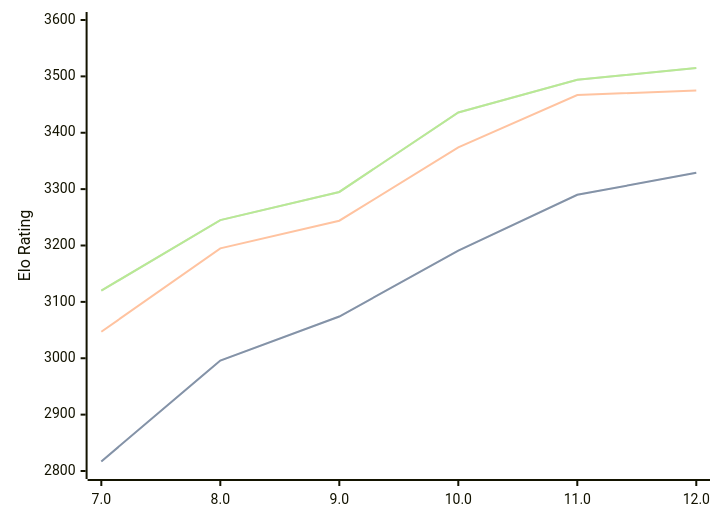
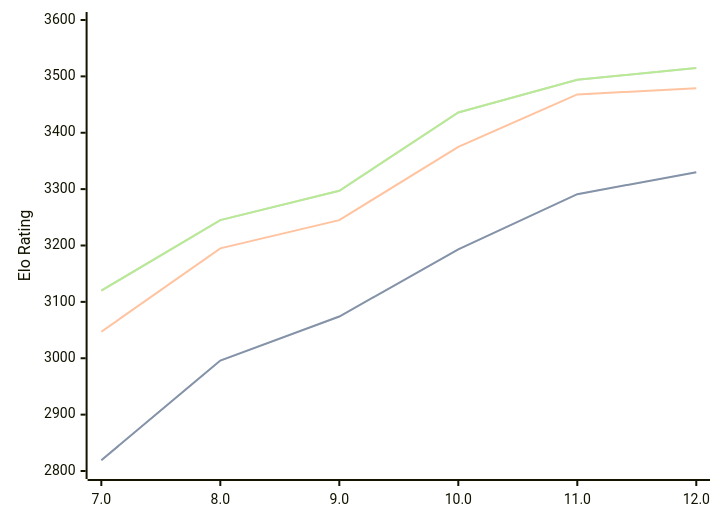
One commit to computer-chess-index/cci changed the diagram in engines/Tcheran.md. Above: the diagram before and after it, drawn with Mermaid. The commit also changed other lines of this file, not shown here.

Commit message:
Update CCI Ratings (ELO VLTC) - 2026-05-17

````diff
--- a/engines/Tcheran.md
+++ b/engines/Tcheran.md
@@ -50,11 +50,11 @@
 ```mermaid
 %%{init: {"theme":"base","themeVariables":{"seriesColors:['#a3a3a3','#222221','#faa371']}}}%%
 xychart-beta
   x-axis ["7.0", "8.0", "9.0", "10.0", "11.0", "12.0"]
   y-axis "Elo Rating" 2800 --> 3600
-  line "STC (8.0+0.08s)" [2817, 2996, 3074, 3191, 3290, 3329]
-  line "STC (8.0+0.08s)" [2817, 2996, 3074, 3191, 3290, 3329]
-  line "LTC (60.0+0.60s)" [3047, 3195, 3244, 3374, 3467, 3475]
-  line "VLTC (2m24s+1.12s)" [3120, 3245, 3295, 3436, 3494, 3515]
-  line "VLTC (2m24s+1.12s)" [3120, 3245, 3295, 3436, 3494, 3515]
+  line "STC (8.0+0.08s)" [2819, 2996, 3074, 3193, 3291, 3330]
+  line "STC (8.0+0.08s)" [2819, 2996, 3074, 3193, 3291, 3330]
+  line "LTC (60.0+0.60s)" [3047, 3195, 3245, 3375, 3468, 3479]
+  line "VLTC (2m24s+1.12s)" [3120, 3245, 3297, 3436, 3494, 3515]
+  line "VLTC (2m24s+1.12s)" [3120, 3245, 3297, 3436, 3494, 3515]
 ```
````
